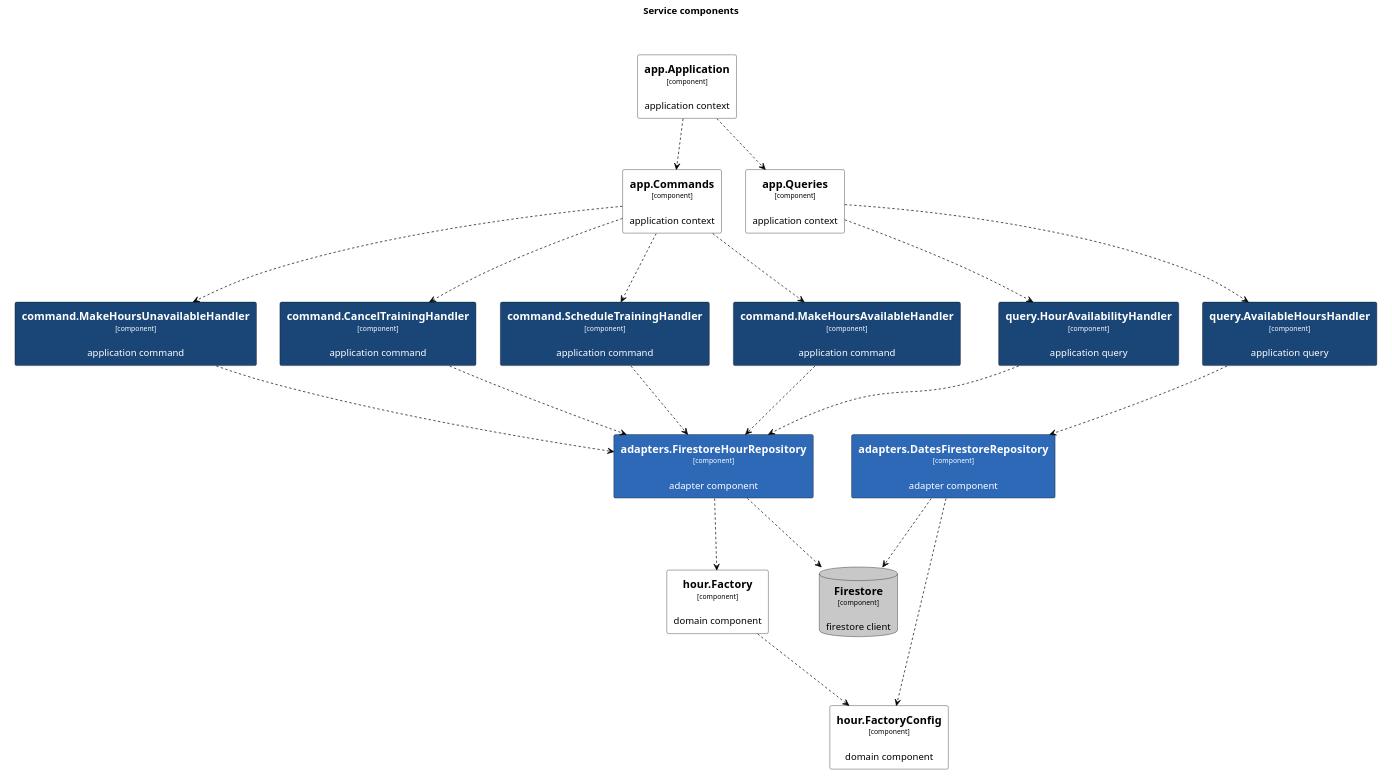
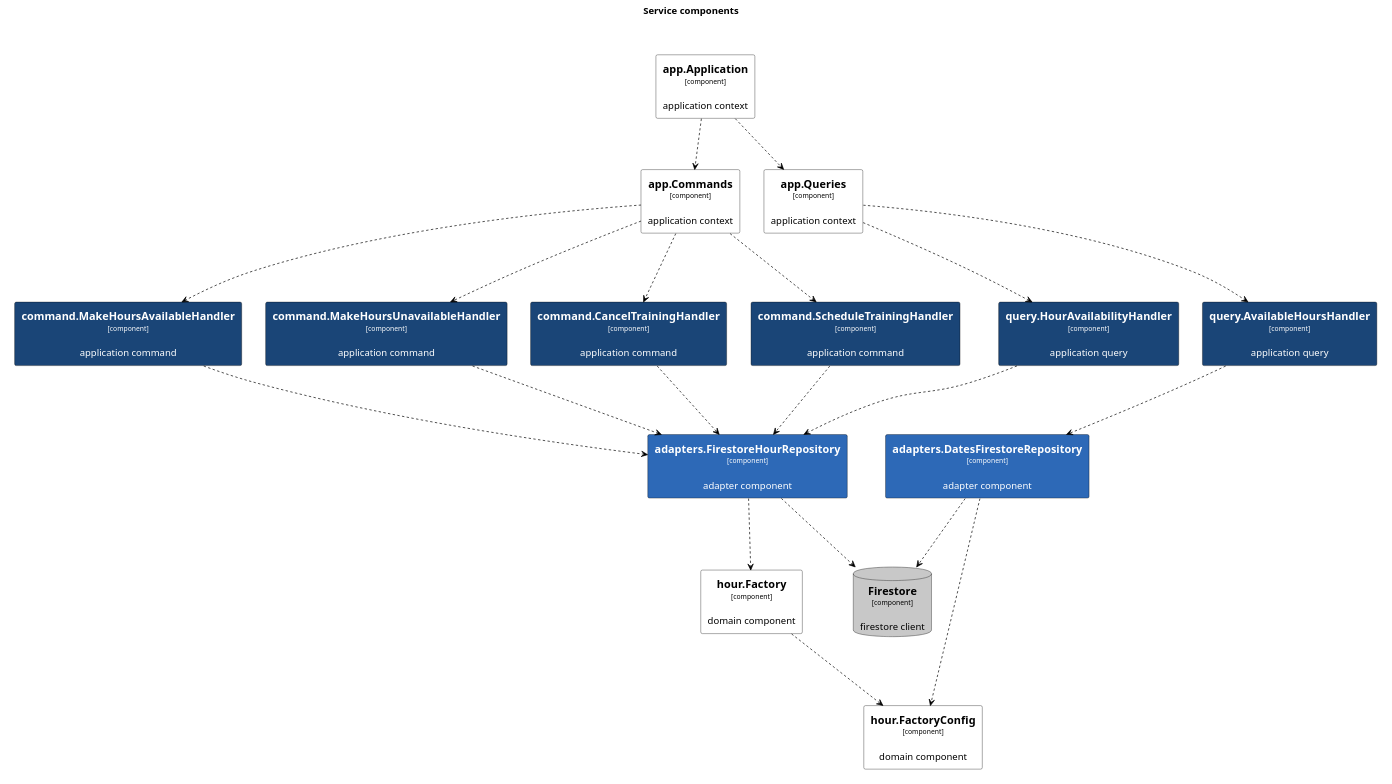
One commit to ThreeDotsLabs/wild-workouts-go-ddd-example changed the diagram in tools/c4/out/view-trainer.plantuml. Above: the diagram before and after it, drawn with PlantUML. The commit also changed 5 other files, not shown here.

Commit message:
Regenerate c4 diagrams

```diff
--- a/tools/c4/out/view-trainer.plantuml
+++ b/tools/c4/out/view-trainer.plantuml
@@ -4,113 +4,113 @@
 @startuml
 
 title Service components
 
 skinparam {
   shadowing false
   arrowFontSize 10
   defaultTextAlignment center
   wrapWidth 200
   maxMessageSize 100
 }
 hide stereotype
 top to bottom direction
 
 scale 4096 width
 
 skinparam rectangle<<_GROUP>> {
   FontColor #ffffff
   BorderColor #ffffff
 }
 
+skinparam rectangle<<DOMAIN>> {
+  BackgroundColor #ffffff
+  FontColor #000000
+  BorderColor #000000
+}
+
+skinparam database<<DB>> {
+  BackgroundColor #c8c8c8
+  FontColor #000000
+  BorderColor #000000
+}
+
 skinparam rectangle<<ROOT>> {
   BackgroundColor #ffffff
   FontColor #000000
   BorderColor #000000
 }
 
 skinparam rectangle<<APP>> {
   BackgroundColor #1a4577
   FontColor #ffffff
   BorderColor #000000
 }
 
 skinparam rectangle<<ADAPTER>> {
   BackgroundColor #2d69b7
   FontColor #ffffff
   BorderColor #000000
 }
 
-skinparam rectangle<<DOMAIN>> {
-  BackgroundColor #ffffff
-  FontColor #000000
-  BorderColor #000000
+rectangle 0ROOT <<_GROUP>> {
+	rectangle "==app.Application\n<size:10>[component]</size>\n\napplication context" <<ROOT>> as 2102746645
 }
-
-skinparam database<<DB>> {
-  BackgroundColor #c8c8c8
-  FontColor #000000
-  BorderColor #000000
-}
-
 rectangle 0ROOT <<_GROUP>> {
 	rectangle "==app.Commands\n<size:10>[component]</size>\n\napplication context" <<ROOT>> as 1118686339
 }
 rectangle 0ROOT <<_GROUP>> {
 	rectangle "==app.Queries\n<size:10>[component]</size>\n\napplication context" <<ROOT>> as 441257907
 }
-rectangle 0ROOT <<_GROUP>> {
-	rectangle "==app.Application\n<size:10>[component]</size>\n\napplication context" <<ROOT>> as 2102746645
-}
+2102746645 .[#000000].> 1118686339 : ""
+2102746645 .[#000000].> 441257907 : ""
 rectangle 11186863391APP <<_GROUP>> {
 	rectangle "==command.CancelTrainingHandler\n<size:10>[component]</size>\n\napplication command" <<APP>> as 1938493317
 }
 1118686339 .[#000000].> 1938493317 : ""
 rectangle 11186863391APP <<_GROUP>> {
 	rectangle "==command.ScheduleTrainingHandler\n<size:10>[component]</size>\n\napplication command" <<APP>> as 644318352
 }
 1118686339 .[#000000].> 644318352 : ""
 rectangle 11186863391APP <<_GROUP>> {
 	rectangle "==command.MakeHoursAvailableHandler\n<size:10>[component]</size>\n\napplication command" <<APP>> as 2676216945
 }
 1118686339 .[#000000].> 2676216945 : ""
 rectangle 11186863391APP <<_GROUP>> {
 	rectangle "==command.MakeHoursUnavailableHandler\n<size:10>[component]</size>\n\napplication command" <<APP>> as 3319250726
 }
 1118686339 .[#000000].> 3319250726 : ""
 rectangle 4412579071APP <<_GROUP>> {
+	rectangle "==query.HourAvailabilityHandler\n<size:10>[component]</size>\n\napplication query" <<APP>> as 2484812079
+}
+441257907 .[#000000].> 2484812079 : ""
+rectangle 4412579071APP <<_GROUP>> {
 	rectangle "==query.AvailableHoursHandler\n<size:10>[component]</size>\n\napplication query" <<APP>> as 1971034922
 }
 441257907 .[#000000].> 1971034922 : ""
-rectangle 4412579071APP <<_GROUP>> {
-	rectangle "==query.HourAvailabilityHandler\n<size:10>[component]</size>\n\napplication query" <<APP>> as 2484812079
-}
-441257907 .[#000000].> 2484812079 : ""
-2102746645 .[#000000].> 441257907 : ""
-2102746645 .[#000000].> 1118686339 : ""
-rectangle 26762169452ADAPTER <<_GROUP>> {
+rectangle 6443183522ADAPTER <<_GROUP>> {
 	rectangle "==adapters.FirestoreHourRepository\n<size:10>[component]</size>\n\nadapter component" <<ADAPTER>> as 3637611987
 }
+644318352 .[#000000].> 3637611987 : ""
 2676216945 .[#000000].> 3637611987 : ""
 3319250726 .[#000000].> 3637611987 : ""
-644318352 .[#000000].> 3637611987 : ""
+2484812079 .[#000000].> 3637611987 : ""
 rectangle 19710349222ADAPTER <<_GROUP>> {
 	rectangle "==adapters.DatesFirestoreRepository\n<size:10>[component]</size>\n\nadapter component" <<ADAPTER>> as 2388943490
 }
 1971034922 .[#000000].> 2388943490 : ""
-2484812079 .[#000000].> 3637611987 : ""
 1938493317 .[#000000].> 3637611987 : ""
 rectangle 36376119873DB <<_GROUP>> {
 	database "==Firestore\n<size:10>[component]</size>\n\nfirestore client" <<DB>> as 650530190
 }
 3637611987 .[#000000].> 650530190 : ""
 rectangle 36376119873DOMAIN <<_GROUP>> {
 	rectangle "==hour.Factory\n<size:10>[component]</size>\n\ndomain component" <<DOMAIN>> as 2036754401
 }
 3637611987 .[#000000].> 2036754401 : ""
 2388943490 .[#000000].> 650530190 : ""
 rectangle 23889434903DOMAIN <<_GROUP>> {
 	rectangle "==hour.FactoryConfig\n<size:10>[component]</size>\n\ndomain component" <<DOMAIN>> as 415674051
 }
 2388943490 .[#000000].> 415674051 : ""
 2036754401 .[#000000].> 415674051 : ""
 @enduml
```
